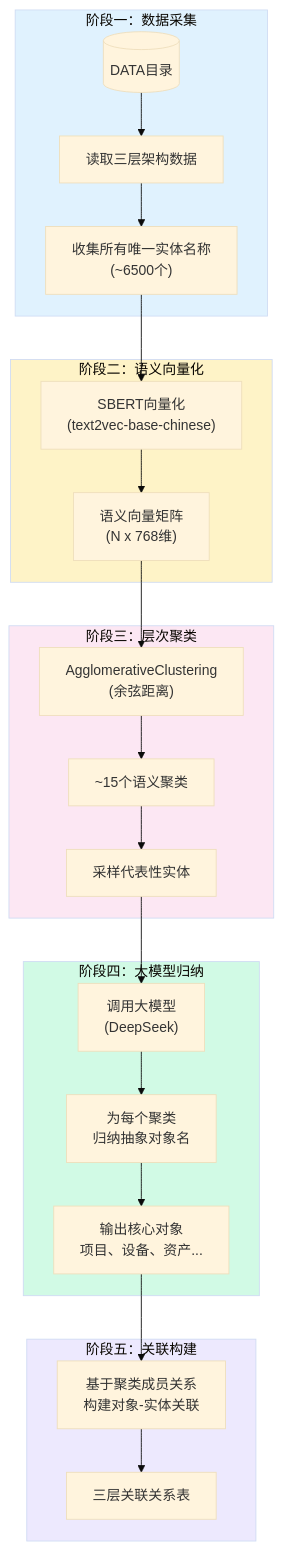
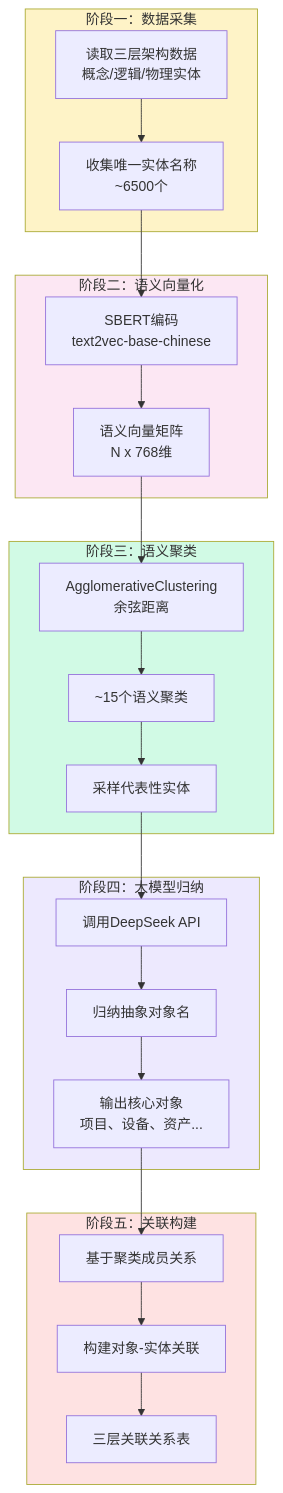
The second of 2 diagrams in README.md (qqyjx/YIMO), drawn with Mermaid before and after one commit. The commit also changed other lines of this file and 2 other files, not shown here.

````diff
--- a/README.md
+++ b/README.md
@@ -350,36 +116,38 @@
 ```mermaid
-%%{init: {'theme': 'base'}}%%
 flowchart TB
     subgraph Phase1["阶段一：数据采集"]
-        A1[("DATA目录")] --> A2["读取三层架构数据"]
-        A2 --> A3["收集所有唯一实体名称<br/>(~6500个)"]
+        A1[读取三层架构数据<br/>概念/逻辑/物理实体]
+        A2[收集唯一实体名称<br/>~6500个]
     end
 
     subgraph Phase2["阶段二：语义向量化"]
-        A3 --> B1["SBERT向量化<br/>(text2vec-base-chinese)"]
-        B1 --> B2["语义向量矩阵<br/>(N x 768维)"]
+        B1[SBERT编码<br/>text2vec-base-chinese]
+        B2[语义向量矩阵<br/>N x 768维]
     end
 
-    subgraph Phase3["阶段三：层次聚类"]
-        B2 --> C1["AgglomerativeClustering<br/>(余弦距离)"]
-        C1 --> C2["~15个语义聚类"]
-        C2 --> C3["采样代表性实体"]
+    subgraph Phase3["阶段三：语义聚类"]
+        C1[AgglomerativeClustering<br/>余弦距离]
+        C2[~15个语义聚类]
+        C3[采样代表性实体]
     end
 
     subgraph Phase4["阶段四：大模型归纳"]
-        C3 --> D1["调用大模型<br/>(DeepSeek)"]
-        D1 --> D2["为每个聚类<br/>归纳抽象对象名"]
-        D2 --> D3["输出核心对象<br/>项目、设备、资产..."]
+        D1[调用DeepSeek API]
+        D2[归纳抽象对象名]
+        D3[输出核心对象<br/>项目、设备、资产...]
     end
 
     subgraph Phase5["阶段五：关联构建"]
-        D3 --> E1["基于聚类成员关系<br/>构建对象-实体关联"]
-        E1 --> E2["三层关联关系表"]
+        E1[基于聚类成员关系]
+        E2[构建对象-实体关联]
+        E3[三层关联关系表]
     end
 
-    style Phase1 fill:#e0f2fe
-    style Phase2 fill:#fef3c7
-    style Phase3 fill:#fce7f3
-    style Phase4 fill:#d1fae5
-    style Phase5 fill:#ede9fe
+    A1 --> A2 --> B1 --> B2 --> C1 --> C2 --> C3 --> D1 --> D2 --> D3 --> E1 --> E2 --> E3
+
+    style Phase1 fill:#fef3c7
+    style Phase2 fill:#fce7f3
+    style Phase3 fill:#d1fae5
+    style Phase4 fill:#ede9fe
+    style Phase5 fill:#fee2e2
 ```
````
